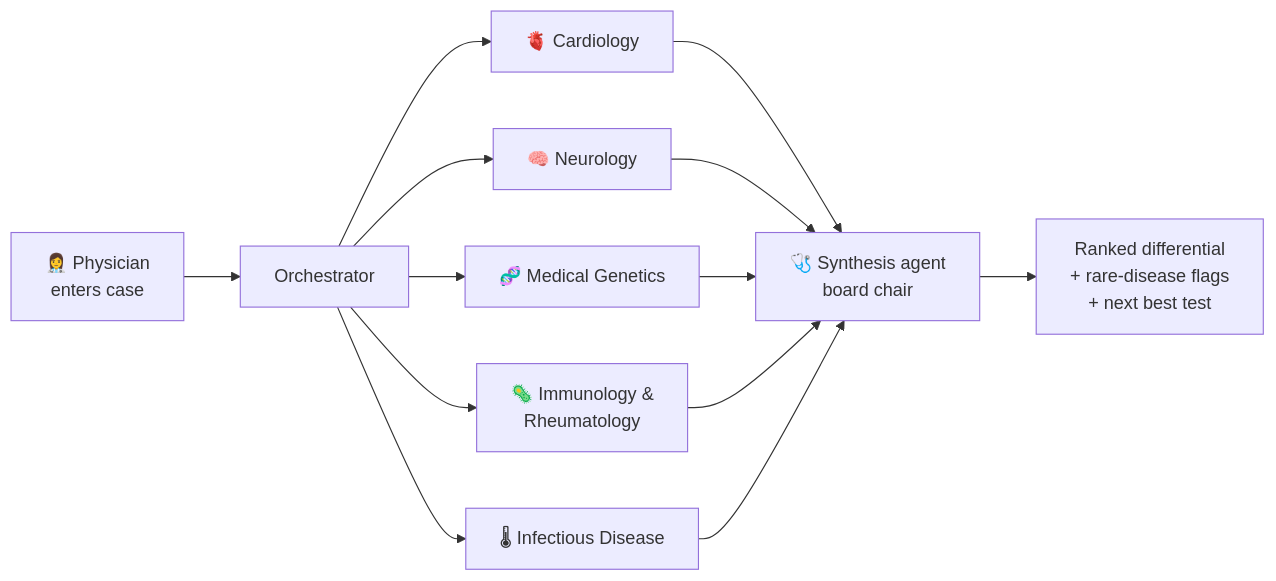
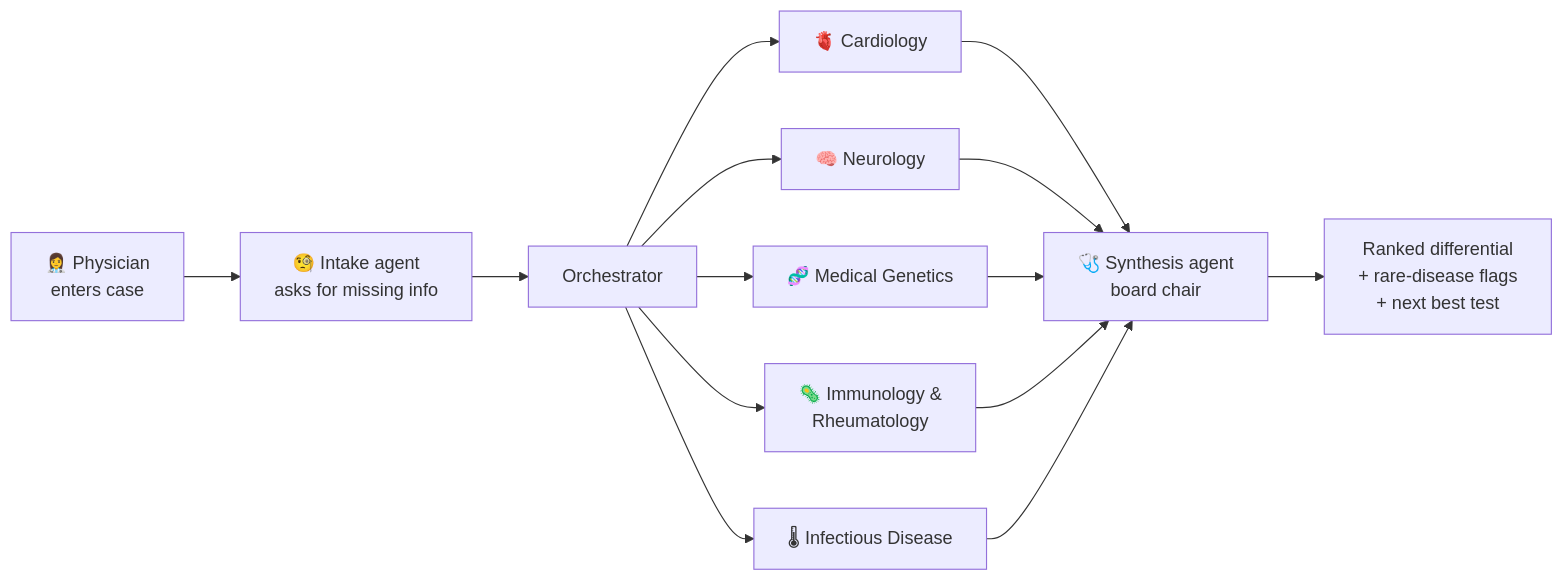
Before and after one commit to Wachirawut2023/AegisMed: the diagram in README.md, drawn with Mermaid. The commit also changed other lines of this file and 7 other files, not shown here.

First line of the commit message:
Add intake agent that asks clarifying questions before the board runs

````diff
--- a/README.md
+++ b/README.md
@@ -23,11 +24,12 @@
 ```mermaid
 flowchart LR
-    A[👩‍⚕️ Physician<br>enters case] --> B[Orchestrator]
+    A[👩‍⚕️ Physician<br>enters case] --> I[🧐 Intake agent<br>asks for missing info]
+    I --> B[Orchestrator]
     B --> C1[🫀 Cardiology]
     B --> C2[🧠 Neurology]
     B --> C3[🧬 Medical Genetics]
     B --> C4[🦠 Immunology &<br>Rheumatology]
     B --> C5[🌡 Infectious Disease]
     C1 & C2 & C3 & C4 & C5 --> D[🩺 Synthesis agent<br>board chair]
     D --> E[Ranked differential<br>+ rare-disease flags<br>+ next best test]
 ```
````
